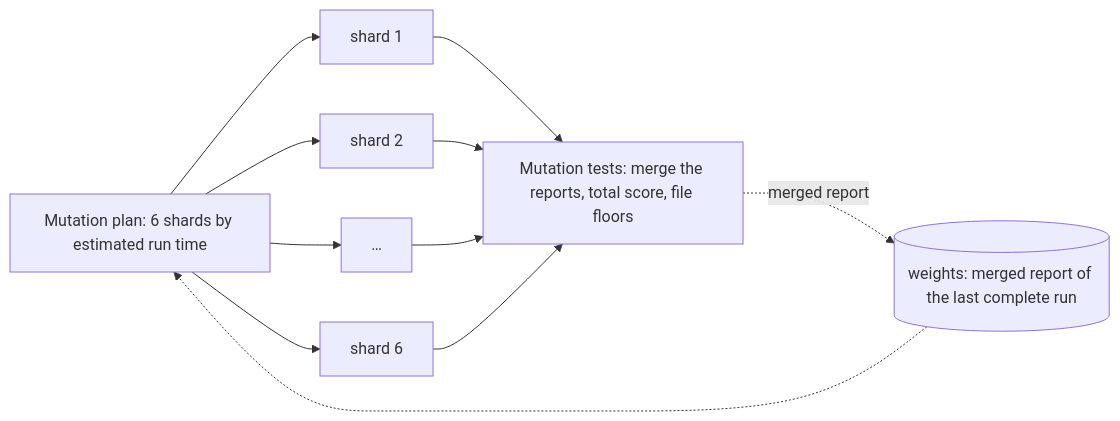
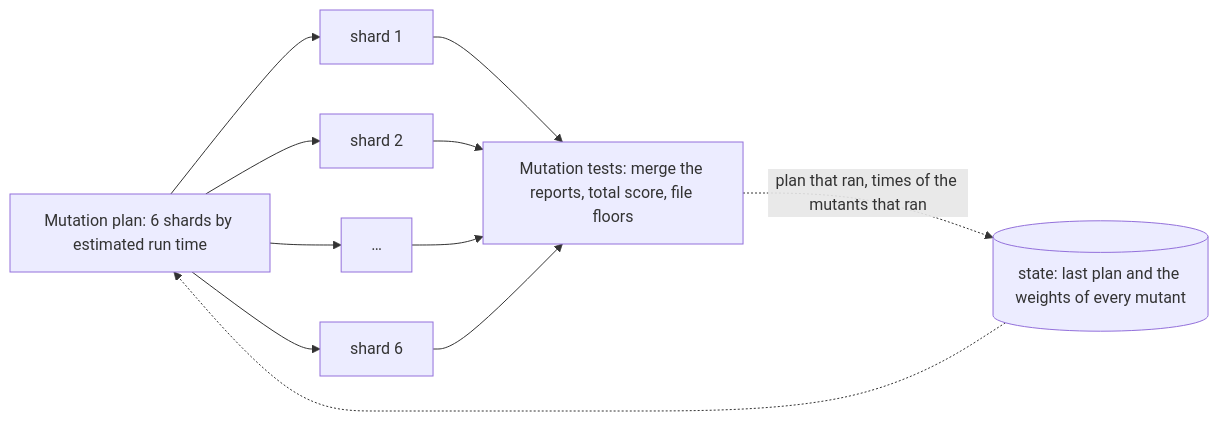
Before and after one commit to Heiss/nova-imperium: the diagram in website/src/content/docs/ci.md, drawn with Mermaid. The commit also changed other lines of this file and 7 other files, not shown here.

First line of the commit message:
Keep mutation shards stable and update the weights from every run (#141) (#178)

````diff
--- a/website/src/content/docs/ci.md
+++ b/website/src/content/docs/ci.md
@@ -81,7 +81,7 @@
 ```mermaid
 flowchart LR
   plan["Mutation plan: 6 shards by estimated run time"] --> s1["shard 1"] & s2["shard 2"] & s3["…"] & s6["shard 6"]
   s1 & s2 & s3 & s6 --> gate["Mutation tests: merge the reports, total score, file floors"]
-  weights[("weights: merged report of the last complete run")] -.-> plan
-  gate -.->|"merged report"| weights
+  state[("state: last plan and the weights of every mutant")] -.-> plan
+  gate -.->|"plan that ran, times of the mutants that ran"| state
 ```
````
